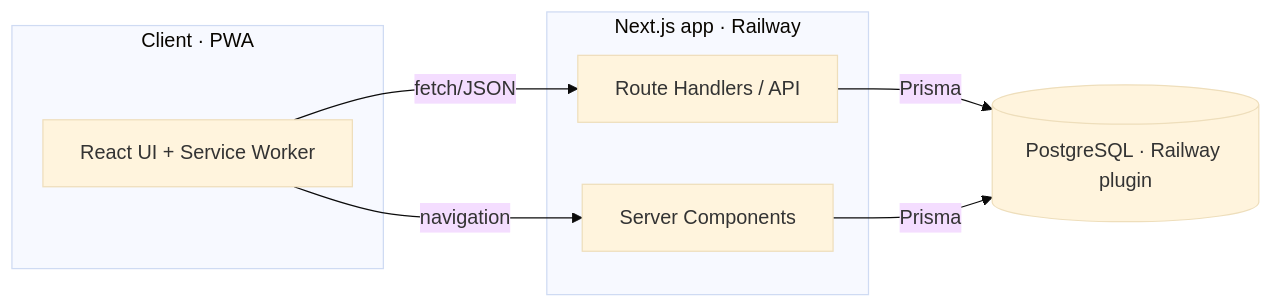
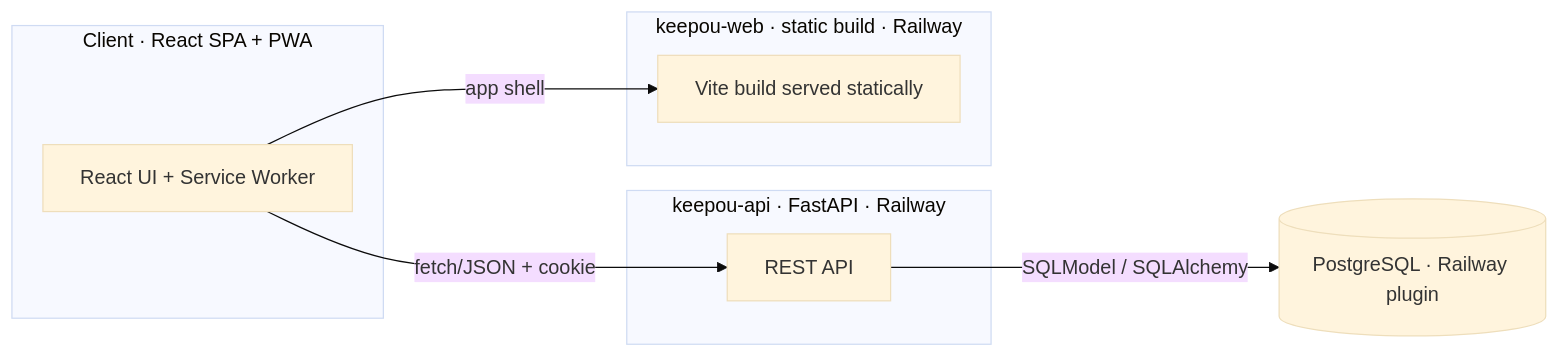
The first of 4 diagrams in docs/ARCHITECTURE.md (OuApps/Keepou), drawn with Mermaid (base theme) before and after one commit. The commit also changed other lines of this file and 1 other file, not shown here.

First line of the commit message:
docs: reconcile PRD & ARCHITECTURE with the decoupled stack and design

````diff
--- a/docs/ARCHITECTURE.md
+++ b/docs/ARCHITECTURE.md
@@ -15,16 +18,17 @@
 ```mermaid
 flowchart LR
-    subgraph Client [Client · PWA]
+    subgraph Client [Client · React SPA + PWA]
         UI[React UI + Service Worker]
     end
-    subgraph Server [Next.js app · Railway]
-        RH[Route Handlers / API]
-        SSR[Server Components]
+    subgraph Api [keepou-api · FastAPI · Railway]
+        API[REST API]
+    end
+    subgraph Web [keepou-web · static build · Railway]
+        ST[Vite build served statically]
     end
     DB[(PostgreSQL · Railway plugin)]
 
-    UI -- fetch/JSON --> RH
-    UI -- navigation --> SSR
-    RH -- Prisma --> DB
-    SSR -- Prisma --> DB
+    UI -- app shell --> ST
+    UI -- fetch/JSON + cookie --> API
+    API -- SQLModel / SQLAlchemy --> DB
 ```
````
